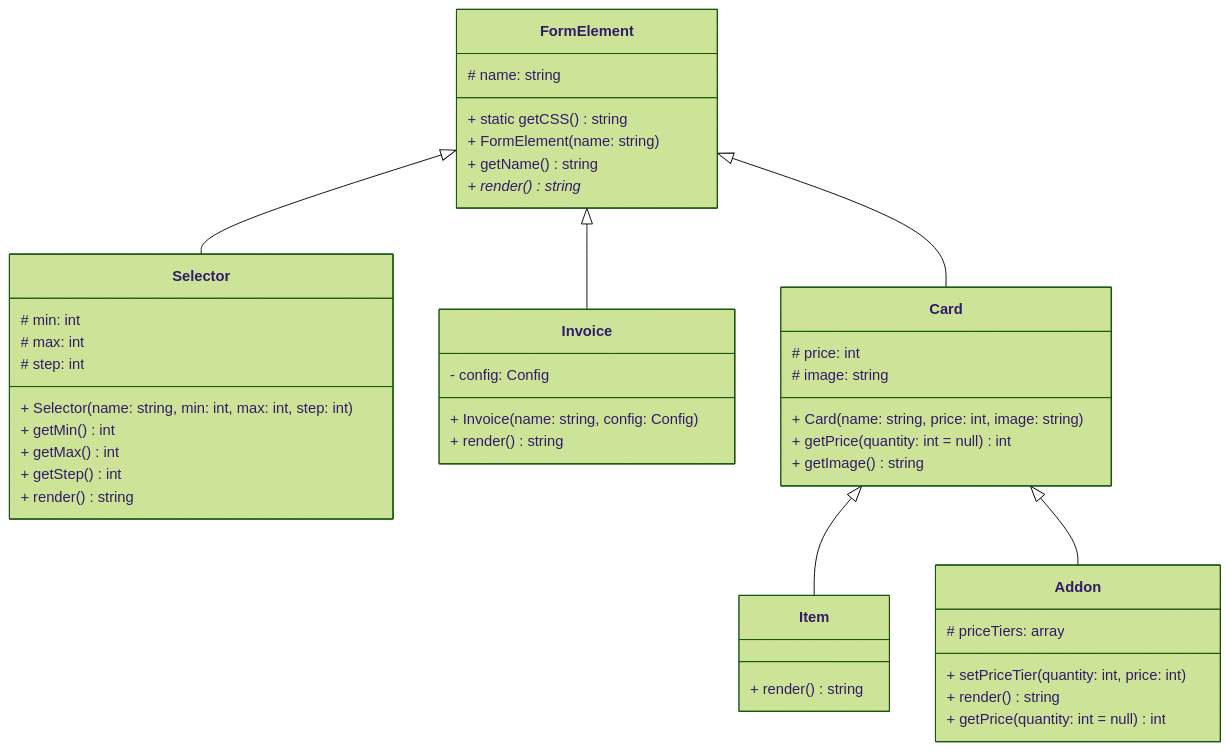
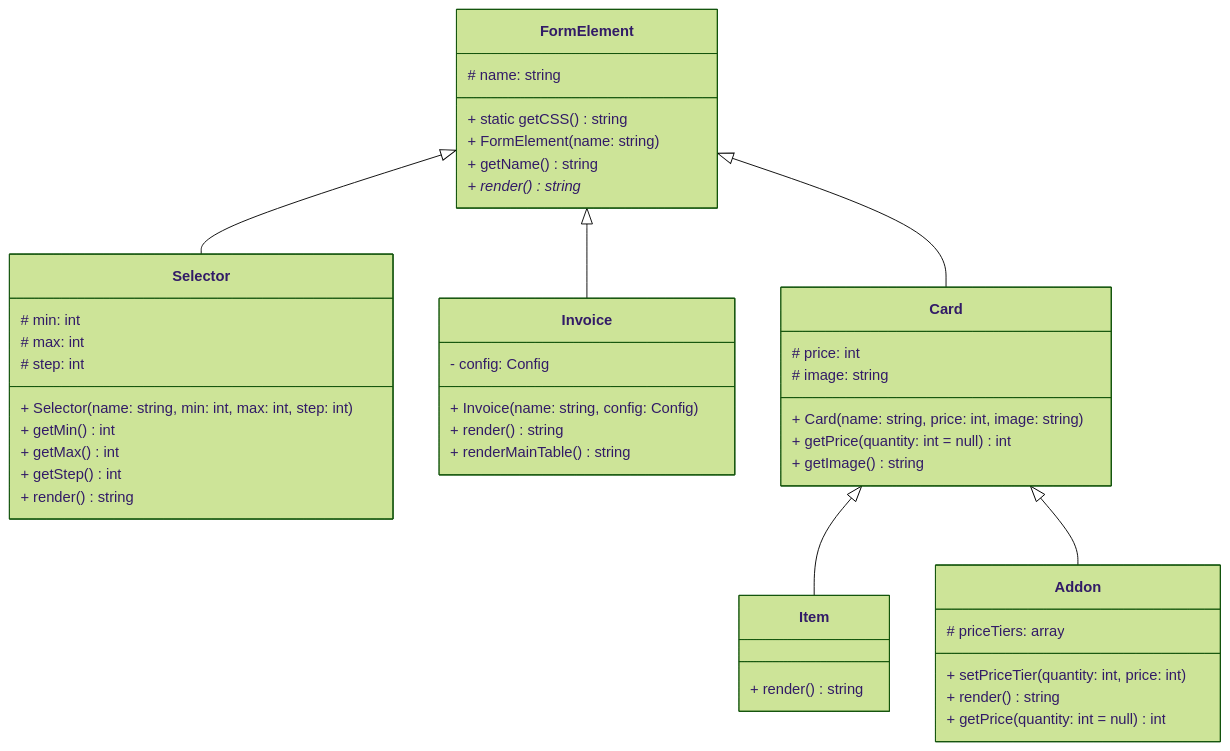
The first of 2 diagrams in README.md (AlexandrAnatoliev/send-invoice), drawn with Mermaid (forest theme) before and after one commit. The commit also changed other lines of this file, not shown here.

````diff
--- a/README.md
+++ b/README.md
@@ -188,54 +188,55 @@
 ```mermaid
 classDiagram
   
   class FormElement {
     # name: string
     + static getCSS() string
     + FormElement(name: string)
     + getName() string
     + render() string*
   }
 
   class Selector {
     # min: int
     # max: int
     # step: int
     + Selector(name: string, min: int, max: int, step: int)
     + getMin() int
     + getMax() int
     + getStep() int
     + render() string
   }
 
   class Invoice {
     - config: Config
     + Invoice(name: string, config: Config)
     + render() string
+    + renderMainTable() string
   }
 
   class Card {
     # price: int
     # image: string
     + Card(name: string, price: int, image: string)
     + getPrice(quantity: int = null) int
     + getImage() string
   }
 
   class Item {
     + render() string
   }
 
   class Addon {
     # priceTiers: array
     + setPriceTier(quantity: int, price: int)
     + render() string
     + getPrice(quantity: int = null) int
   }
 
   FormElement  <|-- Selector
   FormElement  <|-- Invoice
   FormElement  <|-- Card
   Card <|-- Item
   Card <|-- Addon
 
 ```
````
